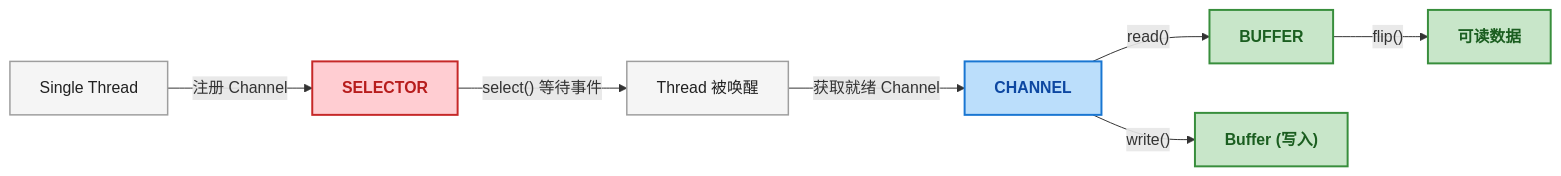
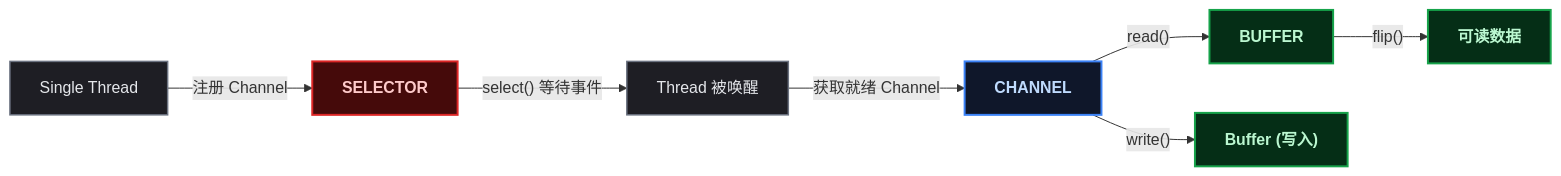
One commit to yaocat55/yaocat55.github.io changed the eighth of 11 diagrams in content/posts/io/JavaNIO.md. Above: the diagram before and after it, drawn with Mermaid. The commit also changed other lines of this file and 155 other files, not shown here.

````diff
--- a/content/posts/io/JavaNIO.md
+++ b/content/posts/io/JavaNIO.md
@@ -633,22 +633,22 @@
 ```mermaid
 flowchart LR
     %% ==========================================
     %% 样式定义
     %% ==========================================
-    classDef selector fill:#FFCDD2,stroke:#C62828,stroke-width:2px,color:#B71C1C,font-weight:bold;
-    classDef channel fill:#BBDEFB,stroke:#1976D2,stroke-width:2px,color:#0D47A1,font-weight:bold;
-    classDef buffer fill:#C8E6C9,stroke:#388E3C,stroke-width:2px,color:#1B5E20,font-weight:bold;
-    classDef thread fill:#F5F5F5,stroke:#9E9E9E,stroke-width:1.5px,color:#212121;
+classDef selector fill:#450a0a,stroke:#dc2626,stroke-width:2px,color:#fecaca,font-weight:bold;
+classDef channel fill:#0f172a,stroke:#3b82f6,stroke-width:2px,color:#bfdbfe,font-weight:bold;
+classDef buffer fill:#052e16,stroke:#16a34a,stroke-width:2px,color:#bbf7d0,font-weight:bold;
+classDef thread fill:#1e1e24,stroke:#6b7280,stroke-width:1.5px,color:#e5e7eb;
 
     THREAD["Single Thread"] -->|"注册 Channel"| SELECTOR
     SELECTOR -->|"select() 等待事件"| THREAD2["Thread 被唤醒"]
     THREAD2 -->|"获取就绪 Channel"| CHANNEL
     CHANNEL -->|"read()"| BUFFER
     BUFFER -->|"flip()"| READABLE["可读数据"]
     CHANNEL -->|"write()"| BUFFER2["Buffer (写入)"]
 
     class SELECTOR selector;
     class CHANNEL channel;
     class BUFFER,BUFFER2,READABLE buffer;
     class THREAD,THREAD2 thread;
 ```
````
